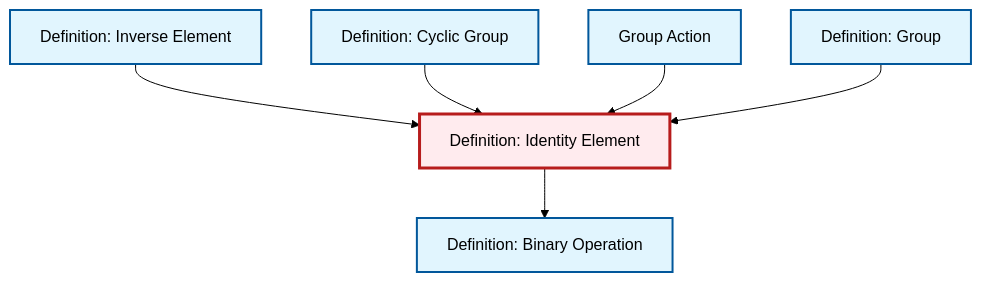
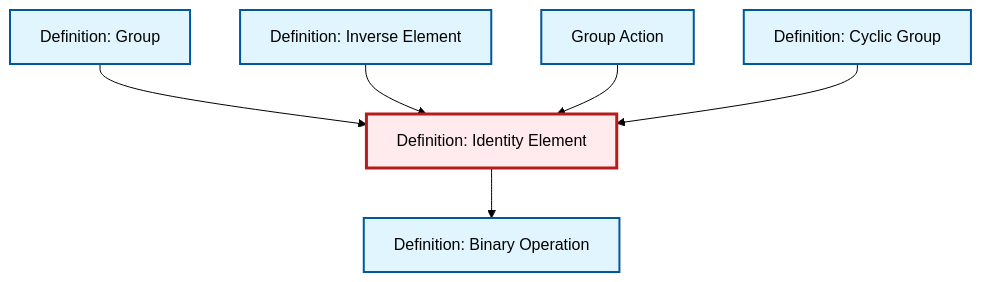
Before and after one commit to RK0429/ModernMath: the diagram in content/en/algebra/def-identity-element.qmd, drawn with Mermaid (forest theme). The commit also changed other lines of this file and 360 other files, not shown here.

````diff
--- a/content/en/algebra/def-identity-element.qmd
+++ b/content/en/algebra/def-identity-element.qmd
@@ -77,26 +77,26 @@
 ```{mermaid}
 %%| fig-cap: "Local dependency graph"
 graph TD
     classDef definition fill:#e1f5fe,stroke:#01579b,stroke-width:2px
     classDef theorem fill:#f3e5f5,stroke:#4a148c,stroke-width:2px
     classDef axiom fill:#fff3e0,stroke:#e65100,stroke-width:2px
     classDef example fill:#e8f5e9,stroke:#1b5e20,stroke-width:2px
     classDef current fill:#ffebee,stroke:#b71c1c,stroke-width:3px
+    def-inverse-element["Definition: Inverse Element"]:::definition
+    def-identity-element["Definition: Identity Element"]:::definition
+    def-cyclic-group["Definition: Cyclic Group"]:::definition
+    def-group-action["Group Action"]:::definition
+    def-group["Definition: Group"]:::definition
     def-binary-operation["Definition: Binary Operation"]:::definition
-    def-cyclic-group["Definition: Cyclic Group"]:::definition
-    def-group["Definition: Group"]:::definition
-    def-inverse-element["Definition: Inverse Element"]:::definition
-    def-group-action["Group Action"]:::definition
-    def-identity-element["Definition: Identity Element"]:::definition
+    def-group --> def-identity-element
     def-inverse-element --> def-identity-element
+    def-identity-element --> def-binary-operation
+    def-group-action --> def-identity-element
     def-cyclic-group --> def-identity-element
-    def-group-action --> def-identity-element
-    def-identity-element --> def-binary-operation
-    def-group --> def-identity-element
     class def-identity-element current
+    click def-inverse-element "def-inverse-element.html" "Go to Inverse Element definition"
+    click def-cyclic-group "def-cyclic-group.html" "Go to Cyclic Group definition"
+    click def-group-action "def-group-action.html" "Go to Group Action"
+    click def-group "def-group.html" "Go to Group definition"
     click def-binary-operation "def-binary-operation.html" "Go to Binary Operation definition"
-    click def-cyclic-group "def-cyclic-group.html" "Go to Cyclic Group definition"
-    click def-group "def-group.html" "Go to Group definition"
-    click def-inverse-element "def-inverse-element.html" "Go to Inverse Element definition"
-    click def-group-action "def-group-action.html" "Go to Group Action"
 ```
````
